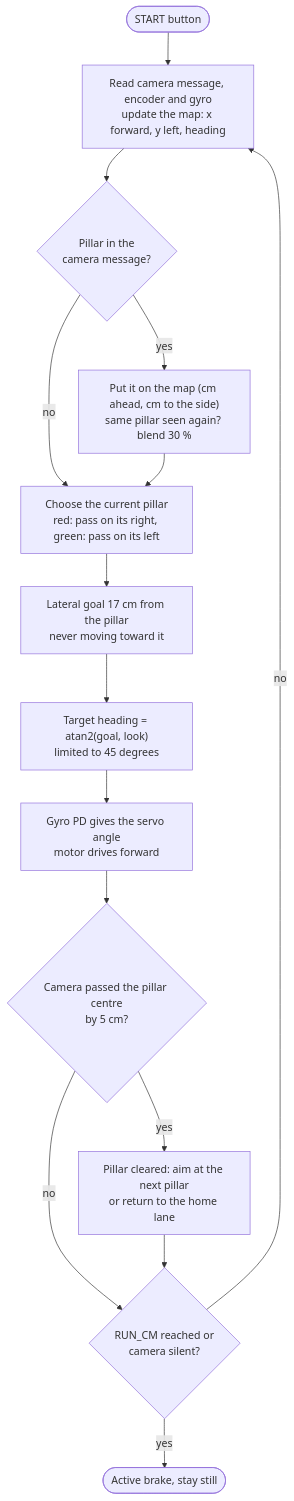
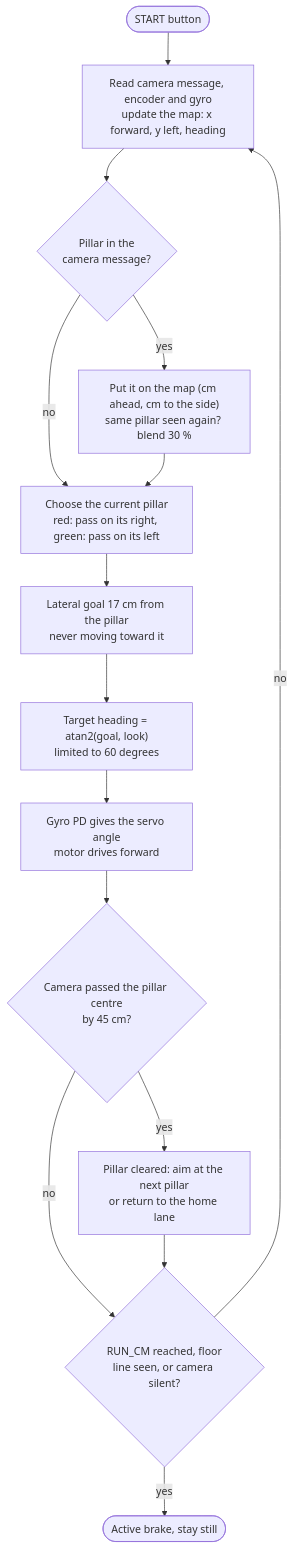
The fourth of 4 diagrams in README.md (henryalejandrorieraloza-sudo/WRO-2026-Future-Engineers-Journal), drawn with Mermaid before and after one commit. The commit also changed other lines of this file and 9 other files, not shown here.

First line of the commit message:
Calibrate gyro, fix dodge-crash, stop on floor line (straight_pillars)

````diff
--- a/README.md
+++ b/README.md
@@ -595,17 +596,17 @@
 ```mermaid
 flowchart TD
     S(["START button"]) --> R["Read camera message, encoder and gyro<br>update the map: x forward, y left, heading"]
     R --> P{"Pillar in the<br>camera message?"}
     P -- yes --> M["Put it on the map (cm ahead, cm to the side)<br>same pillar seen again? blend 30 %"]
     P -- no --> G
     M --> G["Choose the current pillar<br>red: pass on its right, green: pass on its left"]
     G --> L["Lateral goal 17 cm from the pillar<br>never moving toward it"]
-    L --> H["Target heading = atan2(goal, look)<br>limited to 45 degrees"]
+    L --> H["Target heading = atan2(goal, look)<br>limited to 60 degrees"]
     H --> D["Gyro PD gives the servo angle<br>motor drives forward"]
-    D --> C{"Camera passed the pillar centre<br>by 5 cm?"}
+    D --> C{"Camera passed the pillar centre<br>by 45 cm?"}
     C -- yes --> N["Pillar cleared: aim at the next pillar<br>or return to the home lane"]
     C -- no --> E
-    N --> E{"RUN_CM reached or<br>camera silent?"}
+    N --> E{"RUN_CM reached, floor<br>line seen, or camera silent?"}
     E -- no --> R
     E -- yes --> F(["Active brake, stay still"])
 ```
````
